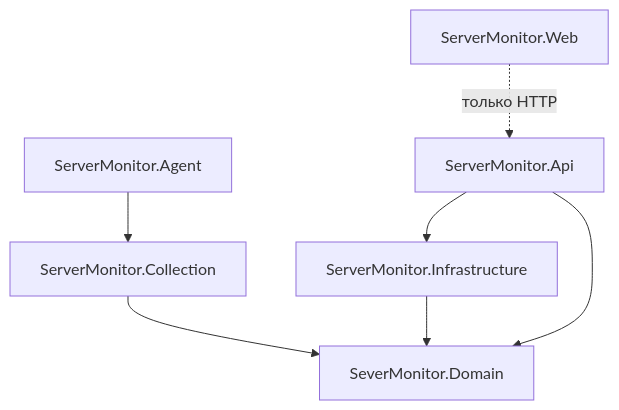
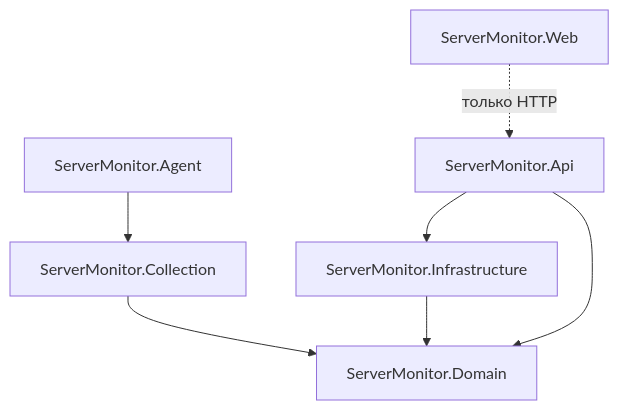
Before and after one commit to SoftGene/ServerMonitor: the third of 5 diagrams in docs/guide/10-agent-and-multiserver.md, drawn with Mermaid. The commit also changed other lines of this file and 14 other files, not shown here.

````diff
--- a/docs/guide/10-agent-and-multiserver.md
+++ b/docs/guide/10-agent-and-multiserver.md
@@ -79,16 +79,16 @@
 ```mermaid
 flowchart TD
-    Domain[SeverMonitor.Domain]
+    Domain[ServerMonitor.Domain]
     Collection[ServerMonitor.Collection]
     Agent[ServerMonitor.Agent]
     Infra[ServerMonitor.Infrastructure]
     Api[ServerMonitor.Api]
     Web[ServerMonitor.Web]
 
     Collection --> Domain
     Agent --> Collection
     Infra --> Domain
     Api --> Infra
     Api --> Domain
     Web -. "только HTTP" .-> Api
 ```
````
